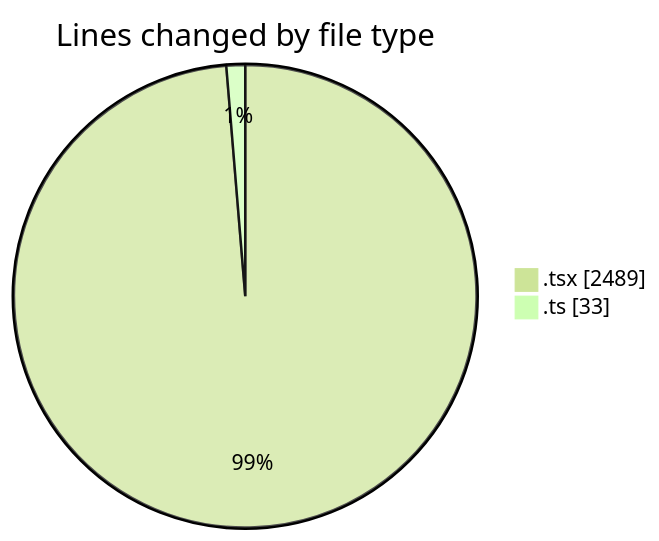
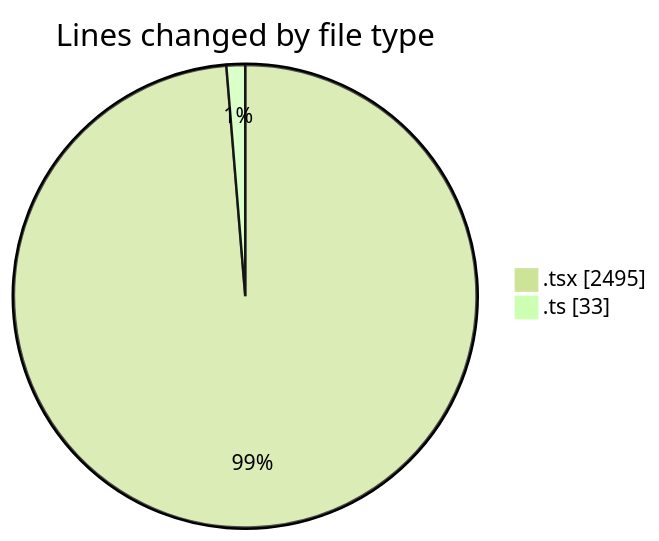
One commit to momahboobian/code-tracking changed the first of 2 diagrams in 2025-02-12/cda/README.md. Above: the diagram before and after it, drawn with Mermaid (forest theme). The commit also changed other lines of this file and 1 other file, not shown here.

````diff
--- a/2025-02-12/cda/README.md
+++ b/2025-02-12/cda/README.md
@@ -24,6 +24,6 @@
 ```mermaid
 pie showData
 title Lines changed by file type
-".tsx" : 2489
+".tsx" : 2495
 ".ts" : 33
 ```
````
